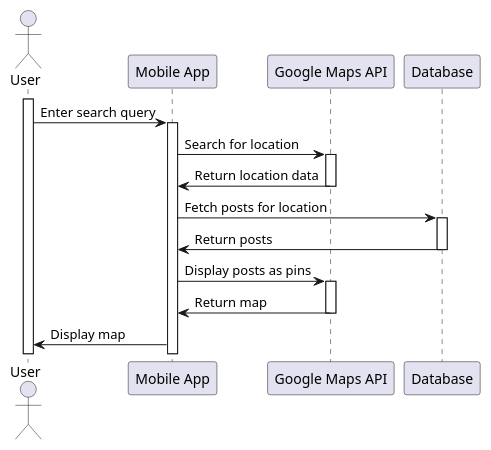
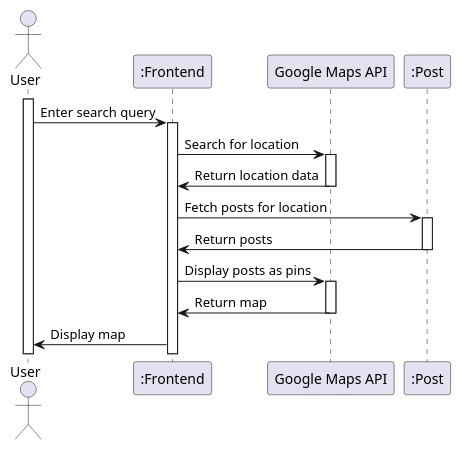
One commit to xuantungbrian/Tomato changed the diagram in plantUML/search_location.puml. Above: the diagram before and after it, drawn with PlantUML. The commit also changed 11 other files, not shown here.

Commit message:
Update Sequence Diagrams

```diff
--- a/plantUML/search_location.puml
+++ b/plantUML/search_location.puml
@@ -1,26 +1,26 @@
 @startuml
 
 ' Sequence Diagram: Search Locations
 actor User
-participant "Mobile App" as App
+participant ":Frontend" as App
 participant "Google Maps API" as Maps
-participant "Database" as DB
+participant ":Post" as DB
 
 activate User
 User -> App: Enter search query
 activate App
 App -> Maps: Search for location
 activate Maps
 Maps -> App: Return location data
 deactivate Maps
 App -> DB: Fetch posts for location
 activate DB
 DB -> App: Return posts
 deactivate DB
 App -> Maps: Display posts as pins
 activate Maps
 Maps -> App: Return map
 deactivate Maps
 App -> User: Display map
 
 @enduml
```
